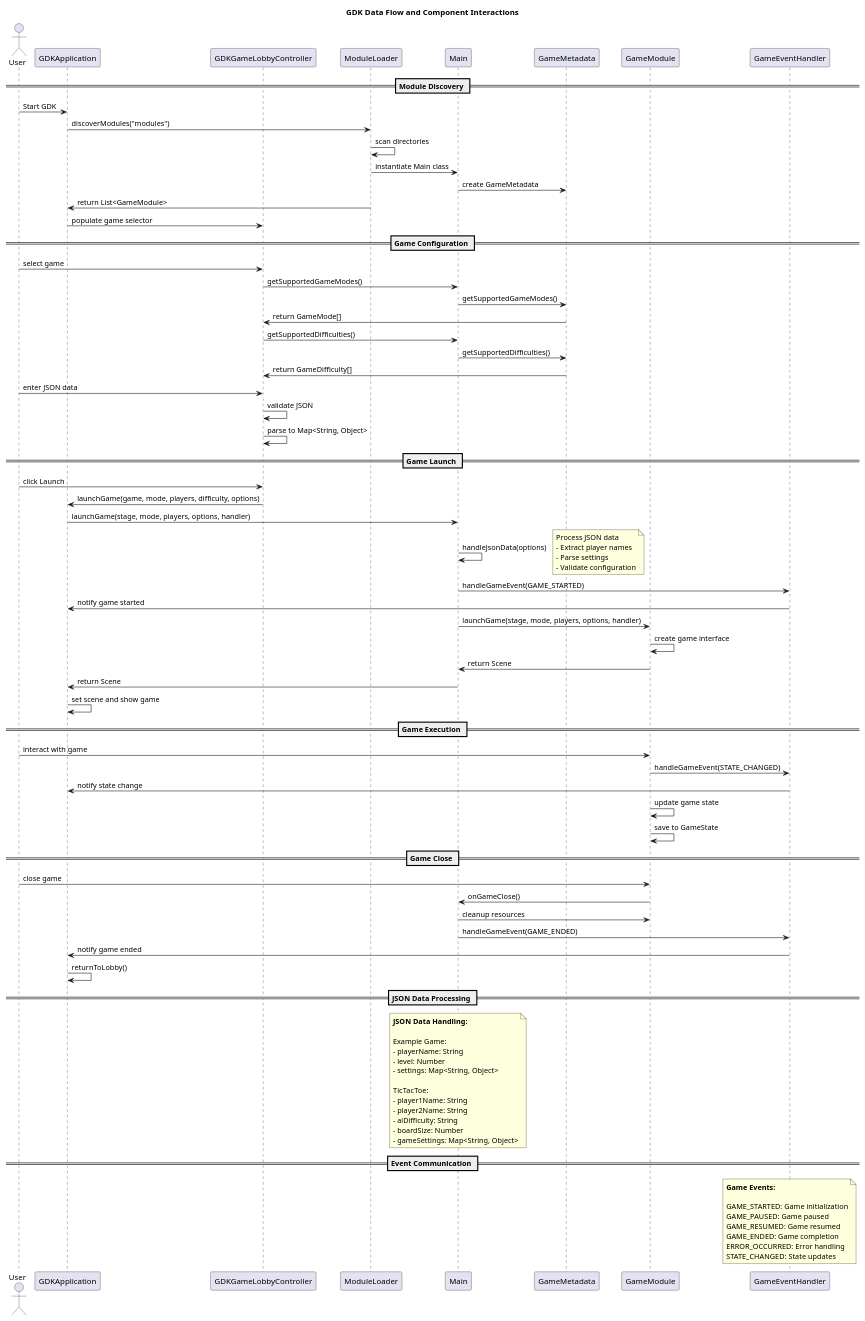
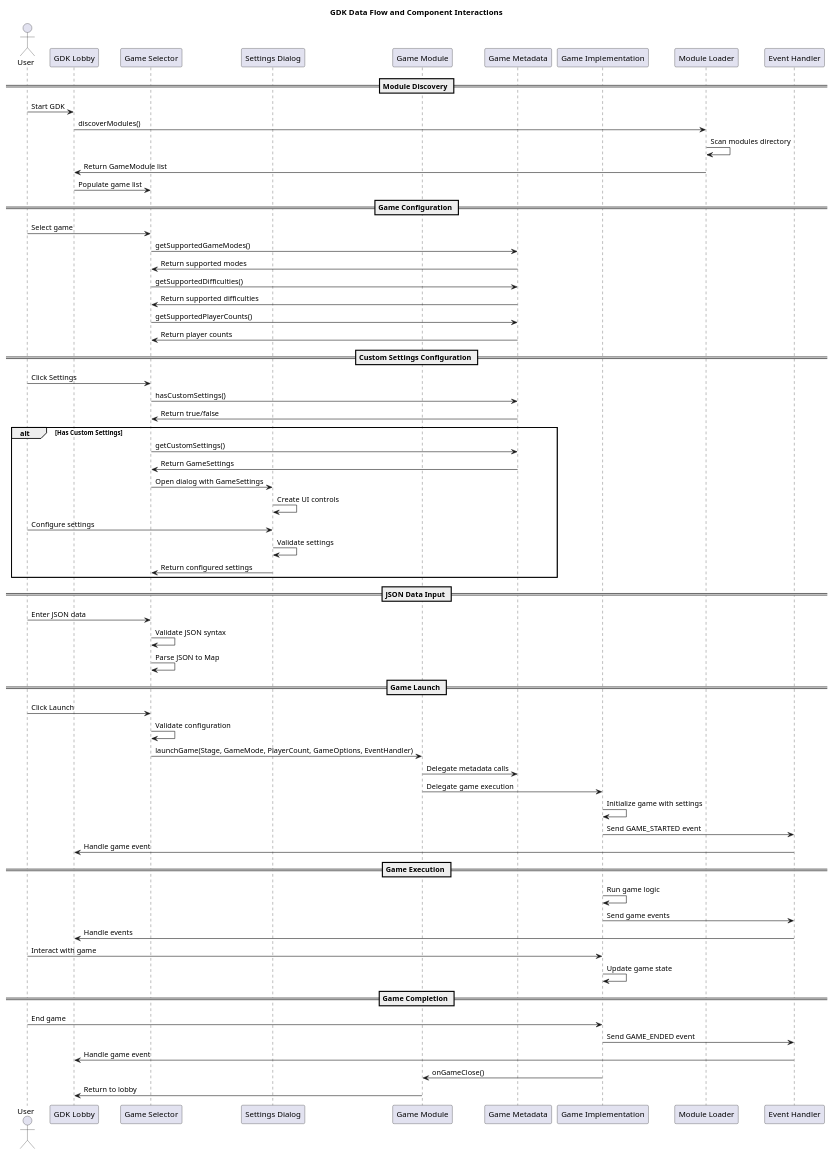
The diagram in docs/data-flow.puml (ClementLuo299/OMG-GDK), drawn with PlantUML before and after one commit. The commit also changed 15 other files, not shown here.

```diff
--- a/docs/data-flow.puml
+++ b/docs/data-flow.puml
@@ -1,97 +1,74 @@
 @startuml
 
 title GDK Data Flow and Component Interactions
 
 actor User
-participant "GDKApplication" as App
-participant "GDKGameLobbyController" as Controller
-participant "ModuleLoader" as Loader
-participant "Main" as GameMain
-participant "GameMetadata" as Metadata
-participant "GameModule" as Game
-participant "GameEventHandler" as Events
+participant "GDK Lobby" as Lobby
+participant "Game Selector" as Selector
+participant "Settings Dialog" as Settings
+participant "Game Module" as Module
+participant "Game Metadata" as Metadata
+participant "Game Implementation" as Game
+participant "Module Loader" as Loader
+participant "Event Handler" as Events
 
 == Module Discovery ==
-User -> App: Start GDK
-App -> Loader: discoverModules("modules")
-Loader -> Loader: scan directories
-Loader -> GameMain: instantiate Main class
-GameMain -> Metadata: create GameMetadata
-Loader -> App: return List<GameModule>
-App -> Controller: populate game selector
+User -> Lobby: Start GDK
+Lobby -> Loader: discoverModules()
+Loader -> Loader: Scan modules directory
+Loader -> Lobby: Return GameModule list
+Lobby -> Selector: Populate game list
 
 == Game Configuration ==
-User -> Controller: select game
-Controller -> GameMain: getSupportedGameModes()
-GameMain -> Metadata: getSupportedGameModes()
-Metadata -> Controller: return GameMode[]
-Controller -> GameMain: getSupportedDifficulties()
-GameMain -> Metadata: getSupportedDifficulties()
-Metadata -> Controller: return GameDifficulty[]
+User -> Selector: Select game
+Selector -> Metadata: getSupportedGameModes()
+Metadata -> Selector: Return supported modes
+Selector -> Metadata: getSupportedDifficulties()
+Metadata -> Selector: Return supported difficulties
+Selector -> Metadata: getSupportedPlayerCounts()
+Metadata -> Selector: Return player counts
 
-User -> Controller: enter JSON data
-Controller -> Controller: validate JSON
-Controller -> Controller: parse to Map<String, Object>
+== Custom Settings Configuration ==
+User -> Selector: Click Settings
+Selector -> Metadata: hasCustomSettings()
+Metadata -> Selector: Return true/false
+alt Has Custom Settings
+    Selector -> Metadata: getCustomSettings()
+    Metadata -> Selector: Return GameSettings
+    Selector -> Settings: Open dialog with GameSettings
+    Settings -> Settings: Create UI controls
+    User -> Settings: Configure settings
+    Settings -> Settings: Validate settings
+    Settings -> Selector: Return configured settings
+end
+
+== JSON Data Input ==
+User -> Selector: Enter JSON data
+Selector -> Selector: Validate JSON syntax
+Selector -> Selector: Parse JSON to Map
 
 == Game Launch ==
-User -> Controller: click Launch
-Controller -> App: launchGame(game, mode, players, difficulty, options)
-App -> GameMain: launchGame(stage, mode, players, options, handler)
-GameMain -> GameMain: handleJsonData(options)
-note right: Process JSON data\n- Extract player names\n- Parse settings\n- Validate configuration
-
-GameMain -> Events: handleGameEvent(GAME_STARTED)
-Events -> App: notify game started
-
-GameMain -> Game: launchGame(stage, mode, players, options, handler)
-Game -> Game: create game interface
-Game -> GameMain: return Scene
-GameMain -> App: return Scene
-App -> App: set scene and show game
+User -> Selector: Click Launch
+Selector -> Selector: Validate configuration
+Selector -> Module: launchGame(Stage, GameMode, PlayerCount, GameOptions, EventHandler)
+Module -> Metadata: Delegate metadata calls
+Module -> Game: Delegate game execution
+Game -> Game: Initialize game with settings
+Game -> Events: Send GAME_STARTED event
+Events -> Lobby: Handle game event
 
 == Game Execution ==
-User -> Game: interact with game
-Game -> Events: handleGameEvent(STATE_CHANGED)
-Events -> App: notify state change
+Game -> Game: Run game logic
+Game -> Events: Send game events
+Events -> Lobby: Handle events
+User -> Game: Interact with game
+Game -> Game: Update game state
 
-Game -> Game: update game state
-Game -> Game: save to GameState
-
-== Game Close ==
-User -> Game: close game
-Game -> GameMain: onGameClose()
-GameMain -> Game: cleanup resources
-GameMain -> Events: handleGameEvent(GAME_ENDED)
-Events -> App: notify game ended
-App -> App: returnToLobby()
-
-== JSON Data Processing ==
-note over GameMain
-  **JSON Data Handling:**
-  
-  Example Game:
-  - playerName: String
-  - level: Number
-  - settings: Map<String, Object>
-  
-  TicTacToe:
-  - player1Name: String
-  - player2Name: String
-  - aiDifficulty: String
-  - boardSize: Number
-  - gameSettings: Map<String, Object>
-end note
-
-== Event Communication ==
-note over Events
-  **Game Events:**
-  
-  GAME_STARTED: Game initialization
-  GAME_PAUSED: Game paused
-  GAME_RESUMED: Game resumed
-  GAME_ENDED: Game completion
-  ERROR_OCCURRED: Error handling
-  STATE_CHANGED: State updates
-end note
+== Game Completion ==
+User -> Game: End game
+Game -> Events: Send GAME_ENDED event
+Events -> Lobby: Handle game event
+Game -> Module: onGameClose()
+Module -> Lobby: Return to lobby
 
 @enduml 
```
